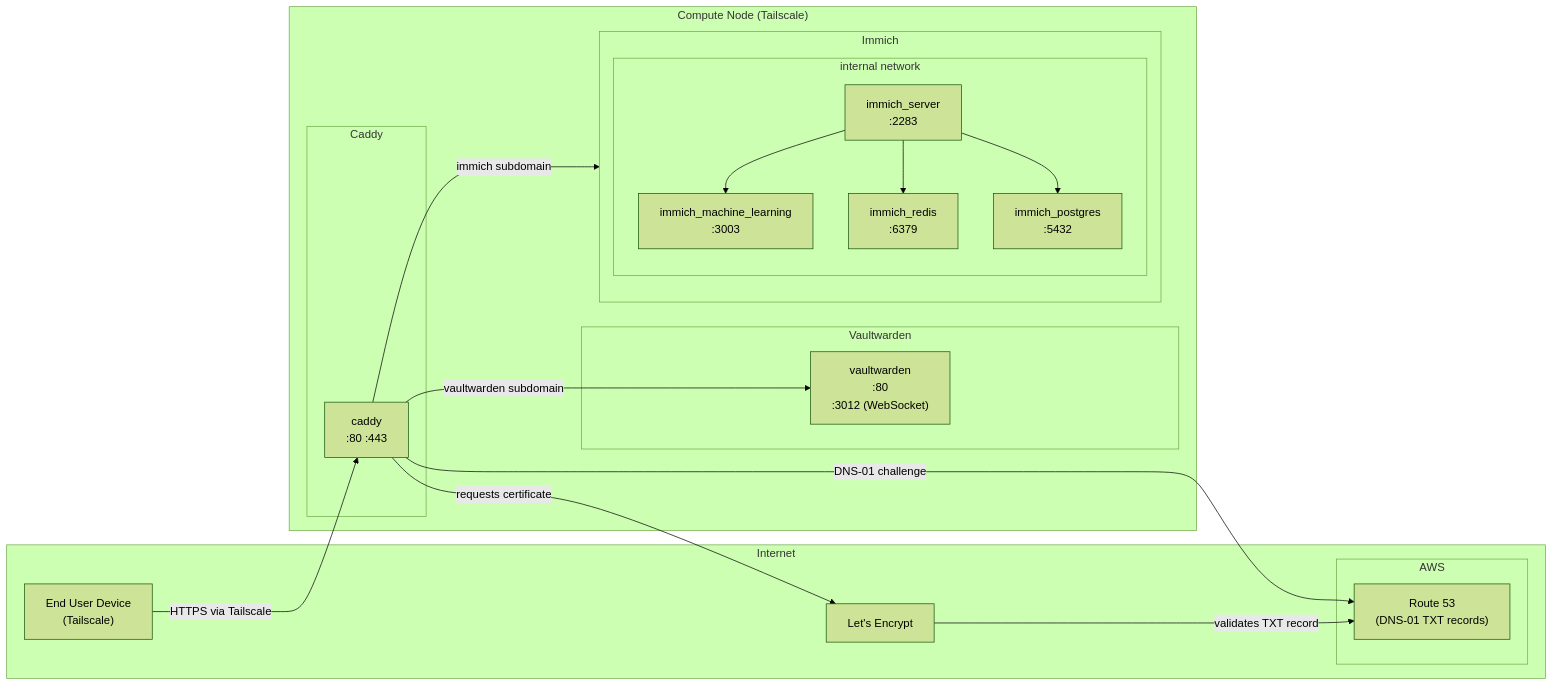
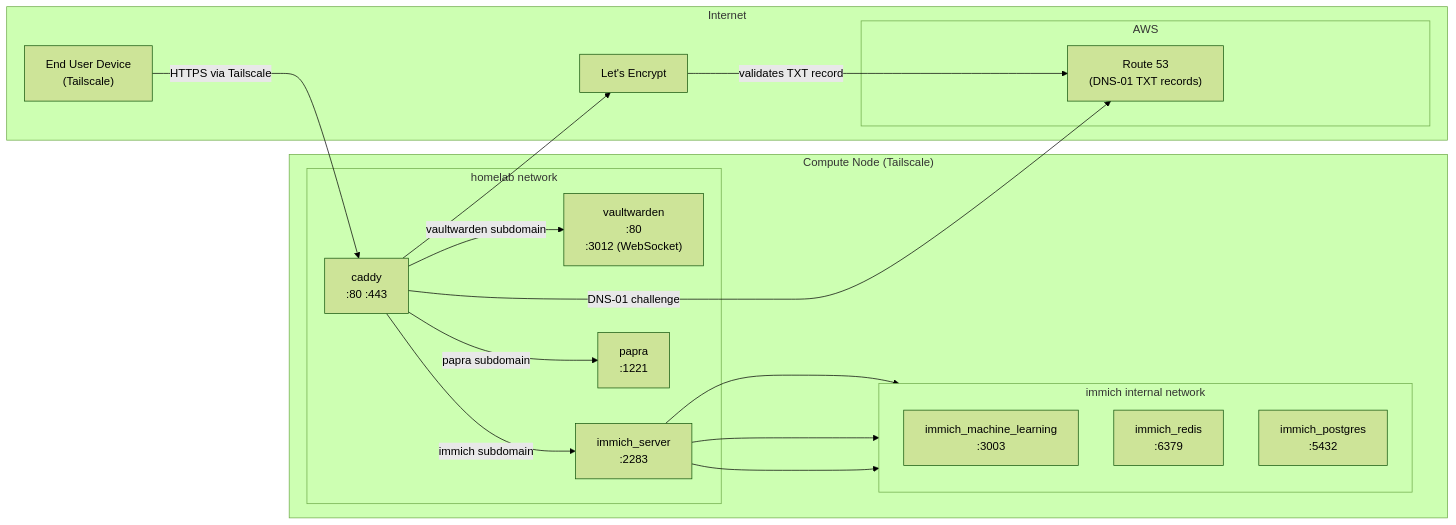
The diagram in services/README.md (karlmanait/homelab), drawn with Mermaid (forest theme) before and after one commit. The commit also changed 12 other files, not shown here.

````diff
--- a/services/README.md
+++ b/services/README.md
@@ -3,44 +3,40 @@
 ```mermaid
 flowchart LR
     subgraph internet["Internet"]
         user["End User Device<br/>(Tailscale)"]
         lets_encrypt["Let's Encrypt"]
 
         subgraph aws["AWS"]
             r53["Route 53<br/>(DNS-01 TXT records)"]
         end
     end
 
     subgraph compute_node["Compute Node (Tailscale)"]
-        subgraph caddy_svc["Caddy"]
+        subgraph homelab_net["homelab network"]
             caddy["caddy<br/>:80 :443"]
+            vaultwarden["vaultwarden<br/>:80<br/>:3012 (WebSocket)"]
+            immich["immich_server<br/>:2283"]
+            papra["papra<br/>:1221"]
         end
 
-        subgraph vaultwarden_svc["Vaultwarden"]
-            vaultwarden["vaultwarden<br/>:80<br/>:3012 (WebSocket)"]
+        subgraph immich_internal["immich internal network"]
+            direction TB
+            immich_ml["immich_machine_learning<br/>:3003"]
+            immich_redis["immich_redis<br/>:6379"]
+            immich_pg["immich_postgres<br/>:5432"]
         end
-
-        subgraph immich_svc["Immich"]
-            direction TB
-            subgraph immich_internal["internal network"]
-                immich["immich_server<br/>:2283"]
-                ml["immich_machine_learning<br/>:3003"]
-                redis["immich_redis<br/>:6379"]
-                pg["immich_postgres<br/>:5432"]
-            end
-            immich --> ml
-            immich --> redis
-            immich --> pg
-        end
+        immich --> immich_ml
+        immich --> immich_redis
+        immich --> immich_pg
     end
 
     user -->|"HTTPS via Tailscale"| caddy
 
     caddy -->|"vaultwarden subdomain"| vaultwarden
     caddy -->|"immich subdomain"| immich
-
+    caddy -->|"papra subdomain"| papra
 
     caddy -->|"DNS-01 challenge"| r53
     lets_encrypt -->|"validates TXT record"| r53
-    caddy -->|"requests certificate"| lets_encrypt
+    caddy --> lets_encrypt
 ```
````
